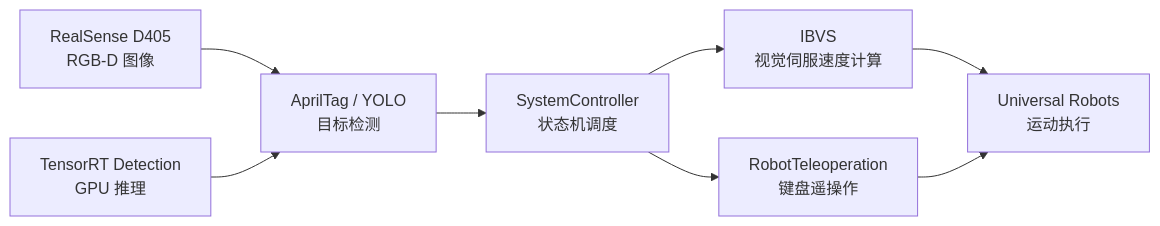
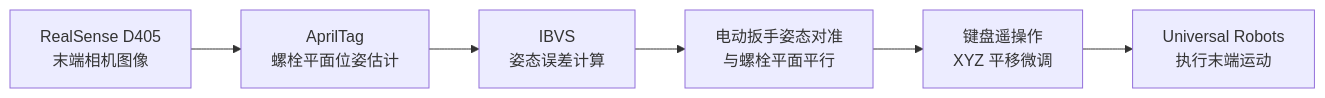
The diagram in README.md (ruying257/IBVS_Teleoperation_UR), drawn with Mermaid before and after one commit. The commit also changed other lines of this file and 8 other files, not shown here.

````diff
--- a/README.md
+++ b/README.md
@@ -38,10 +31,8 @@
 ```mermaid
 flowchart LR
-    camera["RealSense D405<br/>RGB-D 图像"] --> detect["AprilTag / YOLO<br/>目标检测"]
-    detect --> controller["SystemController<br/>状态机调度"]
-    controller --> ibvs["IBVS<br/>视觉伺服速度计算"]
-    controller --> teleop["RobotTeleoperation<br/>键盘遥操作"]
-    ibvs --> robot["Universal Robots<br/>运动执行"]
-    teleop --> robot
-    yolo["TensorRT Detection<br/>GPU 推理"] --> detect
+    camera["RealSense D405<br/>末端相机图像"] --> tag["AprilTag<br/>螺栓平面位姿估计"]
+    tag --> ibvs["IBVS<br/>姿态误差计算"]
+    ibvs --> align["电动扳手姿态对准<br/>与螺栓平面平行"]
+    align --> teleop["键盘遥操作<br/>XYZ 平移微调"]
+    teleop --> robot["Universal Robots<br/>执行末端运动"]
 ```
````
